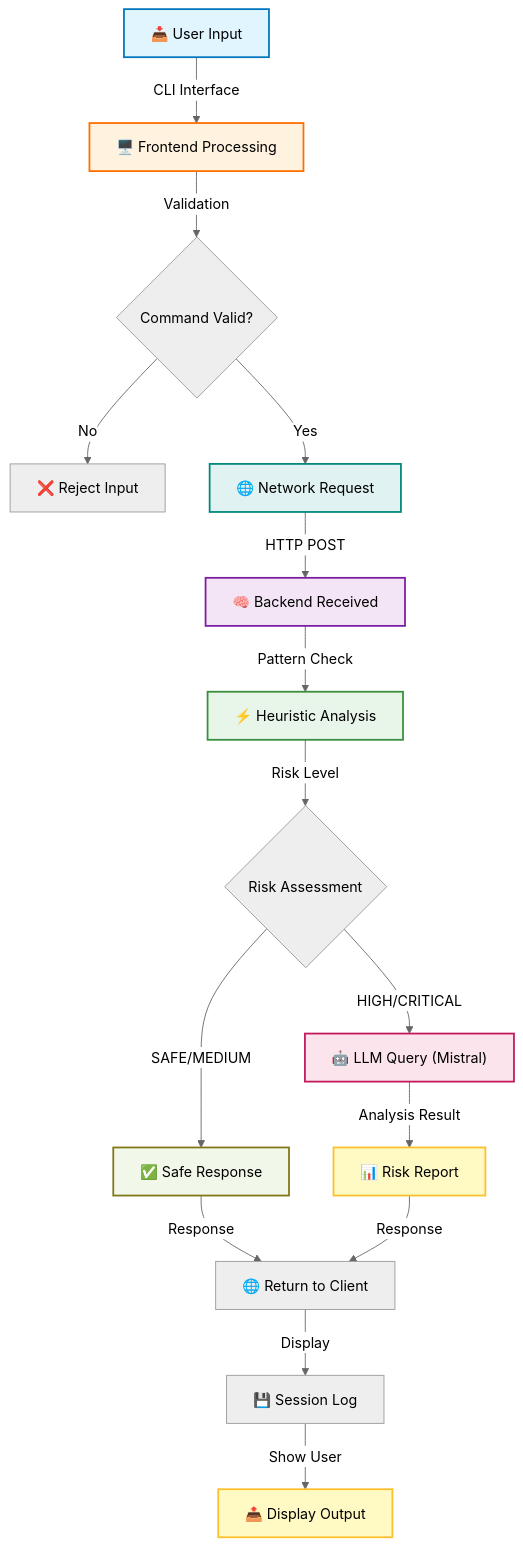
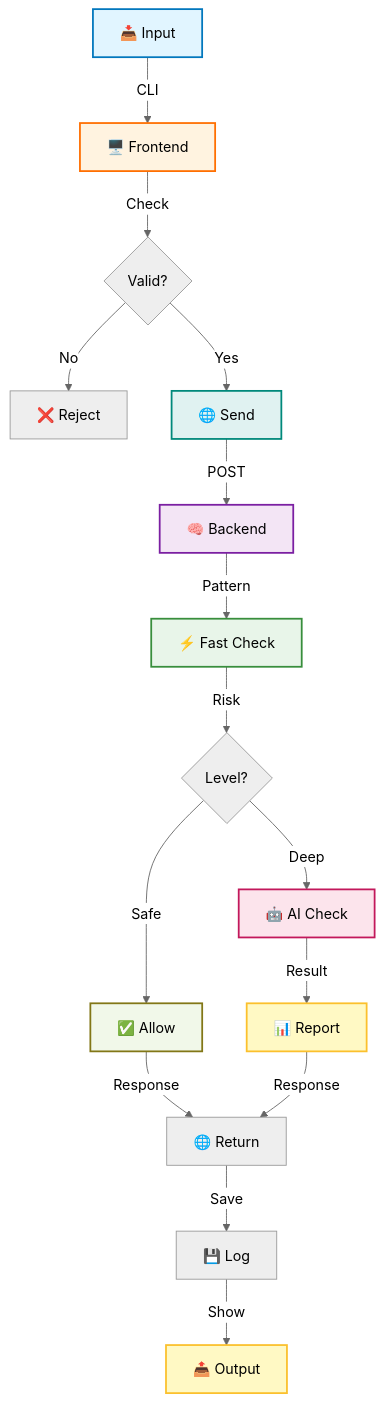
One commit to ITSsafer-DevOps/K.A.O.S changed the third of 4 diagrams in README.md. Above: the diagram before and after it, drawn with Mermaid (neutral theme). The commit also changed other lines of this file, not shown here.

First line of the commit message:
docs: enhance README overview for penetration testers + improve diagram readability

````diff
--- a/README.md
+++ b/README.md
@@ -247,27 +264,27 @@
 ```mermaid
 graph TD
-    A["📥 User Input"] -->|CLI Interface| B["🖥️ Frontend Processing"]
-    B -->|Validation| C{"Command Valid?"}
-    C -->|No| D["❌ Reject Input"]
-    C -->|Yes| E["🌐 Network Request"]
-    E -->|HTTP POST| F["🧠 Backend Received"]
-    F -->|Pattern Check| G["⚡ Heuristic Analysis"]
-    G -->|Risk Level| H{"Risk Assessment"}
-    H -->|SAFE/MEDIUM| I["✅ Safe Response"]
-    H -->|HIGH/CRITICAL| J["🤖 LLM Query (Mistral)"]
-    J -->|Analysis Result| K["📊 Risk Report"]
-    I -->|Response| L["🌐 Return to Client"]
+    A["📥 Input"] -->|CLI| B["🖥️ Frontend"]
+    B -->|Check| C{"Valid?"}
+    C -->|No| D["❌ Reject"]
+    C -->|Yes| E["🌐 Send"]
+    E -->|POST| F["🧠 Backend"]
+    F -->|Pattern| G["⚡ Fast Check"]
+    G -->|Risk| H{"Level?"}
+    H -->|Safe| I["✅ Allow"]
+    H -->|Deep| J["🤖 AI Check"]
+    J -->|Result| K["📊 Report"]
+    I -->|Response| L["🌐 Return"]
     K -->|Response| L
-    L -->|Display| M["💾 Session Log"]
-    M -->|Show User| N["📤 Display Output"]
+    L -->|Save| M["💾 Log"]
+    M -->|Show| N["📤 Output"]
     
     style A fill:#e1f5ff,stroke:#0277bd,stroke-width:2px
     style B fill:#fff3e0,stroke:#ff6f00,stroke-width:2px
     style E fill:#e0f2f1,stroke:#00897b,stroke-width:2px
     style F fill:#f3e5f5,stroke:#7b1fa2,stroke-width:2px
     style G fill:#e8f5e9,stroke:#388e3c,stroke-width:2px
     style J fill:#fce4ec,stroke:#c2185b,stroke-width:2px
     style I fill:#f1f8e9,stroke:#827717,stroke-width:2px
     style K fill:#fff9c4,stroke:#fbc02d,stroke-width:2px
     style N fill:#fff9c4,stroke:#fbc02d,stroke-width:2px
 ```
````
